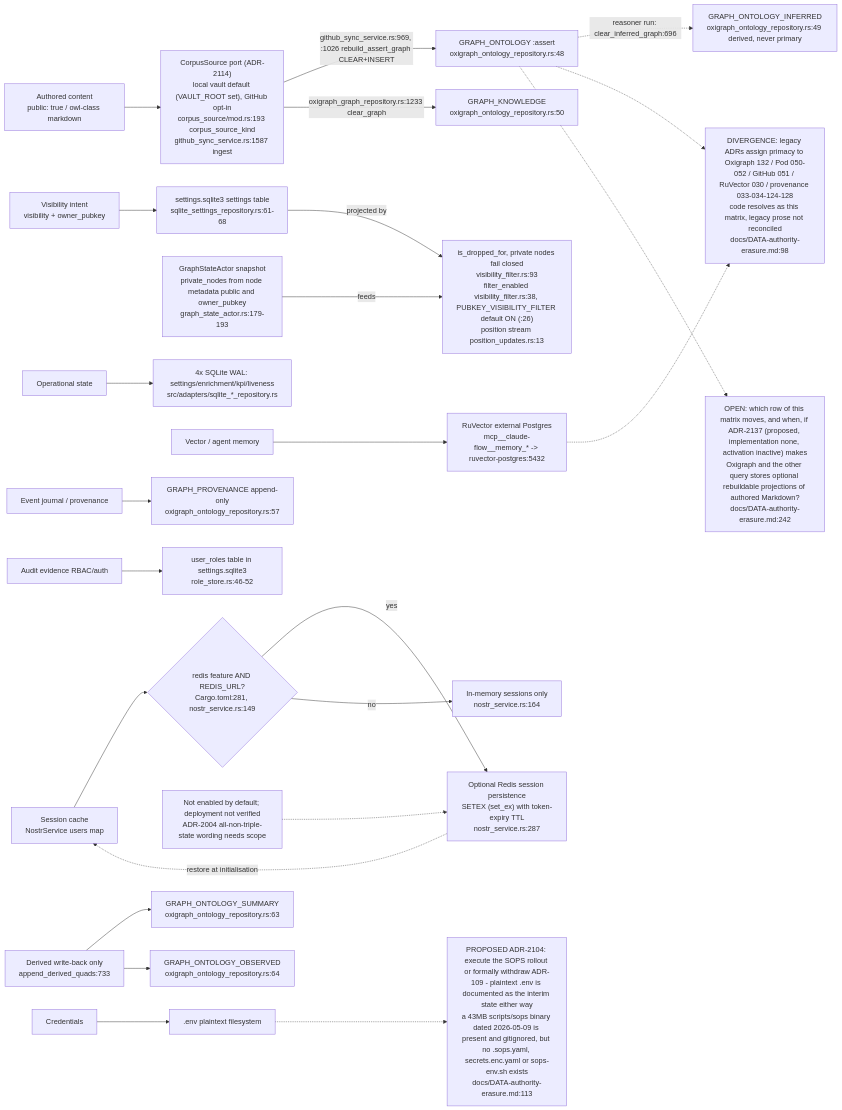
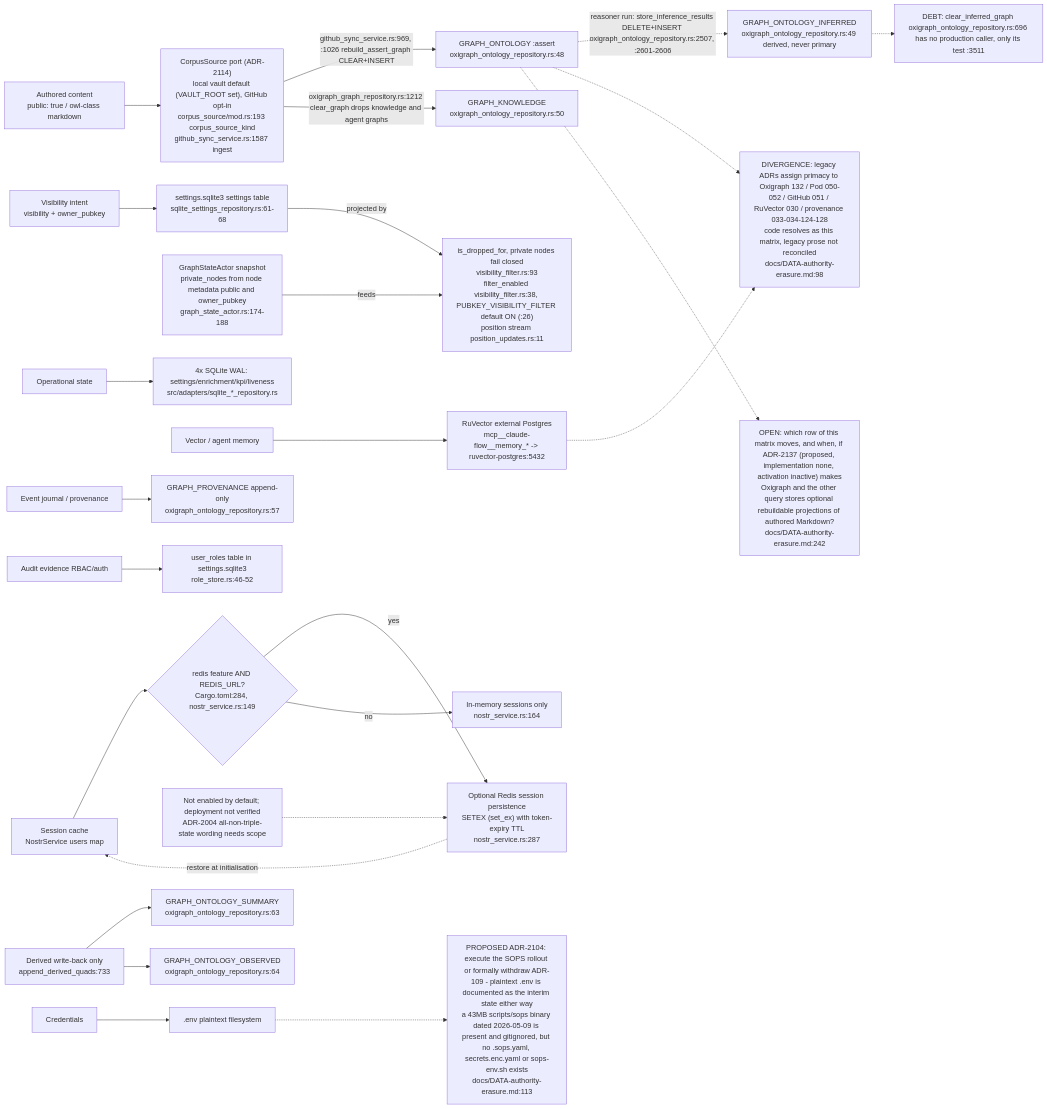
The first of 11 diagrams in docs/diagrams/visionclaw/22-data-authority-provenance-erasure.md (DreamLab-AI/VisionFlow), drawn with Mermaid before and after one commit. The commit also changed other lines of this file and 173 other files, not shown here.

````diff
--- a/docs/diagrams/visionclaw/22-data-authority-provenance-erasure.md
+++ b/docs/diagrams/visionclaw/22-data-authority-provenance-erasure.md
@@ -50,41 +50,44 @@
 ```mermaid
 flowchart LR
     AuthContent["Authored content<br/>public: true / owl-class markdown"] --> CorpusSrc["CorpusSource port (ADR-2114)<br/>local vault default (VAULT_ROOT set), GitHub opt-in<br/>corpus_source/mod.rs:193 corpus_source_kind<br/>github_sync_service.rs:1587 ingest"]
     CorpusSrc -->|"github_sync_service.rs:969, :1026 rebuild_assert_graph CLEAR+INSERT"| AssertGraph["GRAPH_ONTOLOGY :assert<br/>oxigraph_ontology_repository.rs:48"]
-    CorpusSrc -->|"oxigraph_graph_repository.rs:1233 clear_graph"| KnowledgeGraph["GRAPH_KNOWLEDGE<br/>oxigraph_ontology_repository.rs:50"]
+    CorpusSrc -->|"oxigraph_graph_repository.rs:1212 clear_graph drops knowledge and agent graphs"| KnowledgeGraph["GRAPH_KNOWLEDGE<br/>oxigraph_ontology_repository.rs:50"]
 
     VisIntent["Visibility intent<br/>visibility + owner_pubkey"] --> SettingsDB["settings.sqlite3 settings table<br/>sqlite_settings_repository.rs:61-68"]
-    SettingsDB -->|"projected by"| VisFilter["is_dropped_for, private nodes fail closed<br/>visibility_filter.rs:93<br/>filter_enabled visibility_filter.rs:38, PUBKEY_VISIBILITY_FILTER default ON (:26)<br/>position stream position_updates.rs:13"]
-    GraphActor["GraphStateActor snapshot<br/>private_nodes from node metadata public and owner_pubkey<br/>graph_state_actor.rs:179-193"] -->|"feeds"| VisFilter
+    SettingsDB -->|"projected by"| VisFilter["is_dropped_for, private nodes fail closed<br/>visibility_filter.rs:93<br/>filter_enabled visibility_filter.rs:38, PUBKEY_VISIBILITY_FILTER default ON (:26)<br/>position stream position_updates.rs:11"]
+    GraphActor["GraphStateActor snapshot<br/>private_nodes from node metadata public and owner_pubkey<br/>graph_state_actor.rs:174-188"] -->|"feeds"| VisFilter
 
-    AssertGraph -.->|"reasoner run: clear_inferred_graph:696"| InferredGraph["GRAPH_ONTOLOGY_INFERRED<br/>oxigraph_ontology_repository.rs:49 derived, never primary"]
+    AssertGraph -.->|"reasoner run: store_inference_results DELETE+INSERT oxigraph_ontology_repository.rs:2507, :2601-2606"| InferredGraph["GRAPH_ONTOLOGY_INFERRED<br/>oxigraph_ontology_repository.rs:49 derived, never primary"]
 
     OpState["Operational state"] --> SqliteFour["4x SQLite WAL: settings/enrichment/kpi/liveness<br/>src/adapters/sqlite_*_repository.rs"]
 
     VectorMem["Vector / agent memory"] --> RuVector["RuVector external Postgres<br/>mcp__claude-flow__memory_* -> ruvector-postgres:5432"]
 
     EventJournal["Event journal / provenance"] --> ProvGraph["GRAPH_PROVENANCE append-only<br/>oxigraph_ontology_repository.rs:57"]
 
     AuditRBAC["Audit evidence RBAC/auth"] --> RoleTable["user_roles table in settings.sqlite3<br/>role_store.rs:46-52"]
 
-    Sessions["Session cache<br/>NostrService users map"] --> RedisGate{"redis feature AND REDIS_URL?<br/>Cargo.toml:281, nostr_service.rs:149"}
+    Sessions["Session cache<br/>NostrService users map"] --> RedisGate{"redis feature AND REDIS_URL?<br/>Cargo.toml:284, nostr_service.rs:149"}
     RedisGate -->|yes| Redis["Optional Redis session persistence<br/>SETEX (set_ex) with token-expiry TTL<br/>nostr_service.rs:287"]
     RedisGate -->|no| Memory["In-memory sessions only<br/>nostr_service.rs:164"]
     Redis -.->|"restore at initialisation"| Sessions
     RedisScope["Not enabled by default; deployment not verified<br/>ADR-2004 all-non-triple-state wording needs scope"] -.-> Redis
 
     Credentials["Credentials"] --> DotEnv[".env plaintext filesystem"]
 
     DerivedWB["Derived write-back only<br/>append_derived_quads:733"] --> SummaryGraph["GRAPH_ONTOLOGY_SUMMARY<br/>oxigraph_ontology_repository.rs:63"]
     DerivedWB --> ObservedGraph["GRAPH_ONTOLOGY_OBSERVED<br/>oxigraph_ontology_repository.rs:64"]
 
     DivLegacy["DIVERGENCE: legacy ADRs assign primacy to Oxigraph 132 / Pod 050-052 / GitHub 051 / RuVector 030 / provenance 033-034-124-128<br/>code resolves as this matrix, legacy prose not reconciled<br/>docs/DATA-authority-erasure.md:98"]
     AssertGraph -.-> DivLegacy
     RuVector -.-> DivLegacy
 
     DivCreds["PROPOSED ADR-2104: execute the SOPS rollout or formally withdraw ADR-109 - plaintext .env is documented as the interim state either way<br/>a 43MB scripts/sops binary dated 2026-05-09 is present and gitignored, but no .sops.yaml, secrets.enc.yaml or sops-env.sh exists<br/>docs/DATA-authority-erasure.md:113"]
     DotEnv -.-> DivCreds
 
+    DebtClear["DEBT: clear_inferred_graph oxigraph_ontology_repository.rs:696 has no production caller, only its test :3511"]
+    InferredGraph -.-> DebtClear
+
     DivWorkspace["OPEN: which row of this matrix moves, and when, if ADR-2137 (proposed, implementation none, activation inactive) makes<br/>Oxigraph and the other query stores optional rebuildable projections of authored Markdown?<br/>docs/DATA-authority-erasure.md:242"]
     AssertGraph -.-> DivWorkspace
 ```
````
